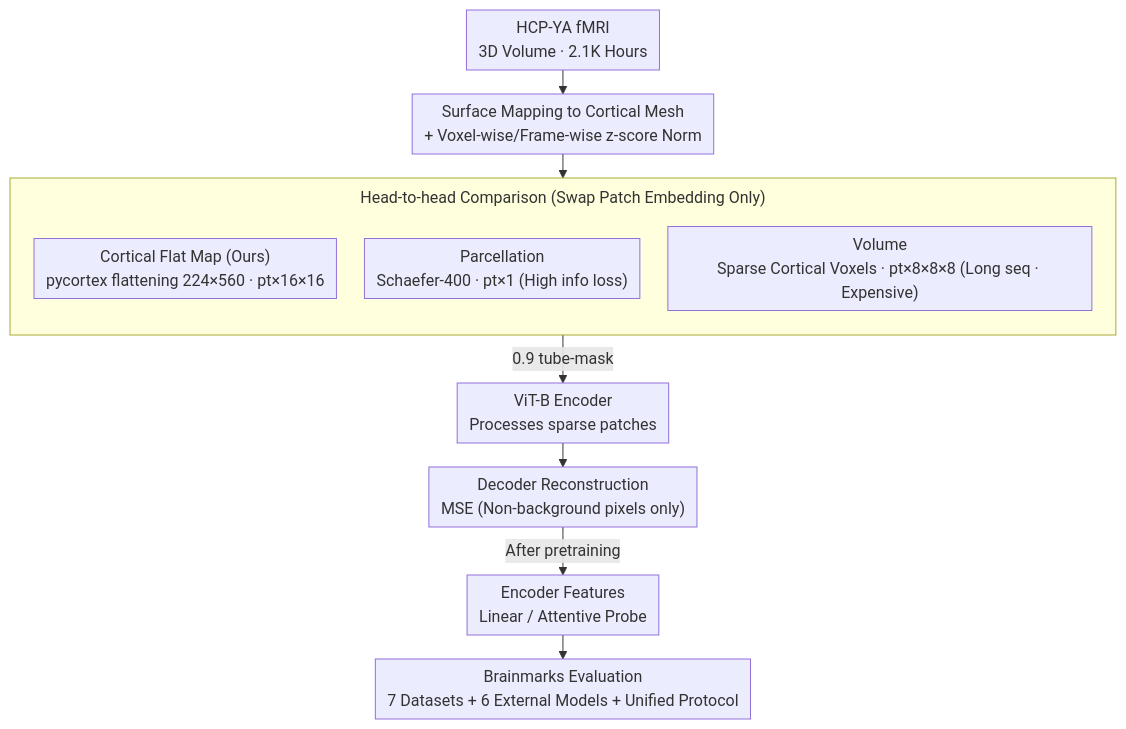
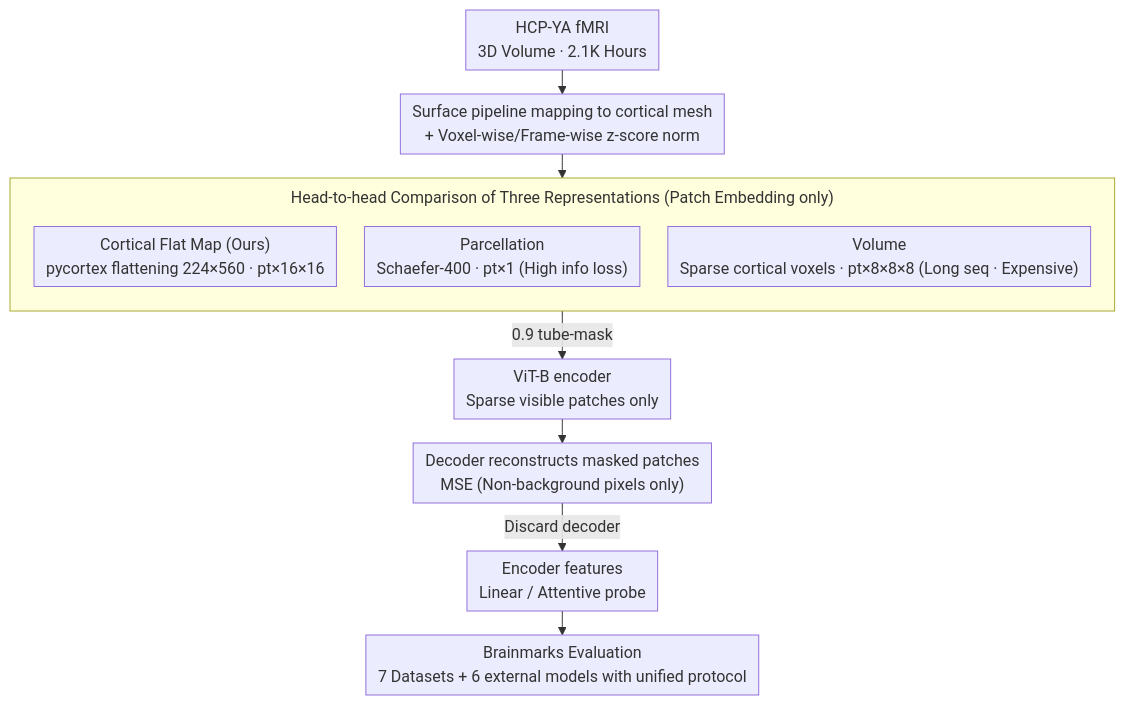
The diagram in docs/ICML2026/medical_imaging/scaling_vision_transformers_for_functional_mri_with_flat_maps.md (zhaoyang97/Paper-Notes-en), drawn with Mermaid before and after one commit. The commit also changed other lines of this file and 5084 other files, not shown here.

````diff
--- a/docs/ICML2026/medical_imaging/scaling_vision_transformers_for_functional_mri_with_flat_maps.md
+++ b/docs/ICML2026/medical_imaging/scaling_vision_transformers_for_functional_mri_with_flat_maps.md
@@ -45,16 +45,16 @@
 ```mermaid
 %%{init: {'flowchart': {'rankSpacing': 24, 'nodeSpacing': 28, 'padding': 6, 'wrappingWidth': 400, 'subGraphTitleMargin': {'top': 8, 'bottom': 16}}}}%%
 flowchart TD
-    A["HCP-YA fMRI<br/>3D Volume · 2.1K Hours"] --> B["Surface Mapping to Cortical Mesh<br/>+ Voxel-wise/Frame-wise z-score Norm"]
-    subgraph EMB["Head-to-head Comparison (Swap Patch Embedding Only)"]
+    A["HCP-YA fMRI<br/>3D Volume · 2.1K Hours"] --> B["Surface pipeline mapping to cortical mesh<br/>+ Voxel-wise/Frame-wise z-score norm"]
+    subgraph EMB["Head-to-head Comparison of Three Representations (Patch Embedding only)"]
         direction TB
         F["Cortical Flat Map (Ours)<br/>pycortex flattening 224×560 · pt×16×16"]
         P["Parcellation<br/>Schaefer-400 · pt×1 (High info loss)"]
-        V["Volume<br/>Sparse Cortical Voxels · pt×8×8×8 (Long seq · Expensive)"]
+        V["Volume<br/>Sparse cortical voxels · pt×8×8×8 (Long seq · Expensive)"]
     end
     B --> EMB
-    EMB -->|"0.9 tube-mask"| G["ViT-B Encoder<br/>Processes sparse patches"]
-    G --> H["Decoder Reconstruction<br/>MSE (Non-background pixels only)"]
-    H -->|"After pretraining"| I["Encoder Features<br/>Linear / Attentive Probe"]
-    I --> J["Brainmarks Evaluation<br/>7 Datasets + 6 External Models + Unified Protocol"]
+    EMB -->|"0.9 tube-mask"| G["ViT-B encoder<br/>Sparse visible patches only"]
+    G --> H["Decoder reconstructs masked patches<br/>MSE (Non-background pixels only)"]
+    H -->|"Discard decoder"| I["Encoder features<br/>Linear / Attentive probe"]
+    I --> J["Brainmarks Evaluation<br/>7 Datasets + 6 external models with unified protocol"]
 ```
````
